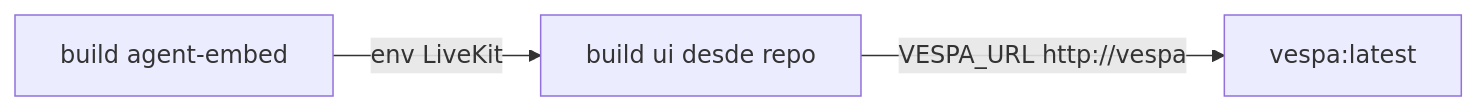
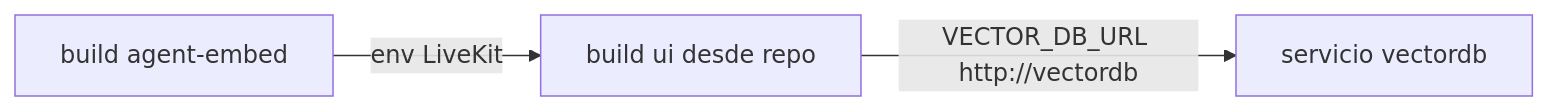
Before and after one commit to 13g4d0/docu-es: the third of 3 diagrams in docs/as-built/identiarag-software.md, drawn with Mermaid. The commit also changed other lines of this file and 15 other files, not shown here.

````diff
--- a/docs/as-built/identiarag-software.md
+++ b/docs/as-built/identiarag-software.md
@@ -54,9 +54,9 @@
 ```mermaid
 flowchart LR
-  vespa[vespa:latest]
+  vectordb[servicio vectordb]
   ui[build ui desde repo]
   embed[build agent-embed]
 
-  ui -->|VESPA_URL http://vespa| vespa
+  ui -->|VECTOR_DB_URL http://vectordb| vectordb
   embed -->|env LiveKit| ui
 ```
````
